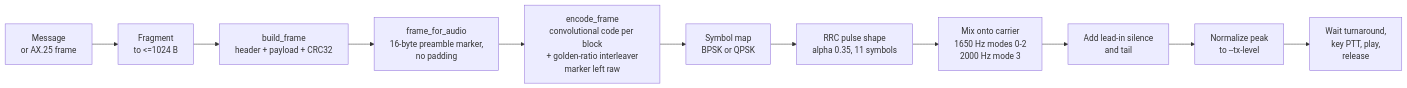
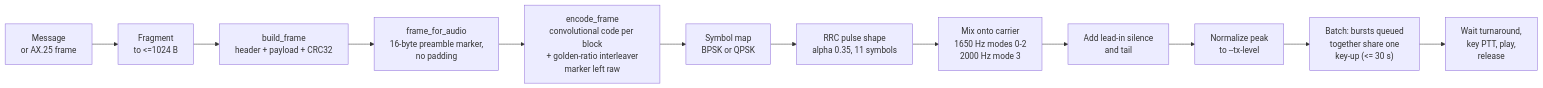
One commit to md-thomas/fmlink changed the second of 5 diagrams in MODEM_ARCHITECTURE.md. Above: the diagram before and after it, drawn with Mermaid. The commit also changed other lines of this file and 10 other files, not shown here.

First line of the commit message:
Burst batching part 1: bursts sent together share one transmission

````diff
--- a/MODEM_ARCHITECTURE.md
+++ b/MODEM_ARCHITECTURE.md
@@ -74,13 +74,14 @@
 ```mermaid
 flowchart LR
     msg["Message<br/>or AX.25 frame"] --> frag["Fragment<br/>to <=1024 B"]
     frag --> frame["build_frame<br/>header + payload + CRC32"]
     frame --> afr["frame_for_audio<br/>16-byte preamble marker,<br/>no padding"]
     afr --> fec["encode_frame<br/>convolutional code per block<br/>+ golden-ratio interleaver<br/>marker left raw"]
     fec --> map["Symbol map<br/>BPSK or QPSK"]
     map --> rrc["RRC pulse shape<br/>alpha 0.35, 11 symbols"]
     rrc --> mix["Mix onto carrier<br/>1650 Hz modes 0-2<br/>2000 Hz mode 3"]
     mix --> pad["Add lead-in silence<br/>and tail"]
     pad --> lvl["Normalize peak<br/>to --tx-level"]
-    lvl --> ptt["Wait turnaround,<br/>key PTT, play,<br/>release"]
+    lvl --> batch["Batch: bursts queued<br/>together share one<br/>key-up (<= 30 s)"]
+    batch --> ptt["Wait turnaround,<br/>key PTT, play,<br/>release"]
 ```
````
